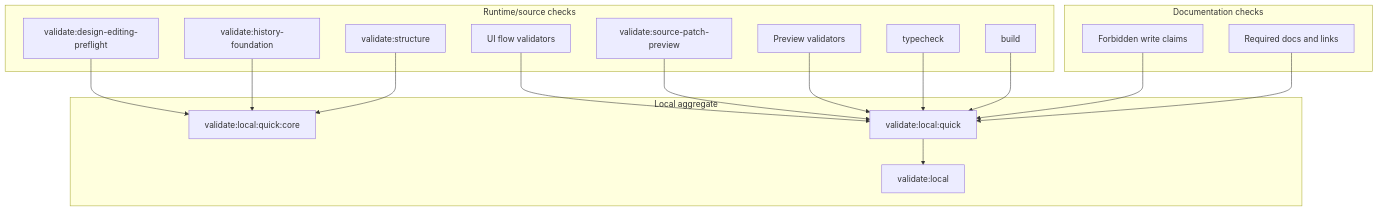
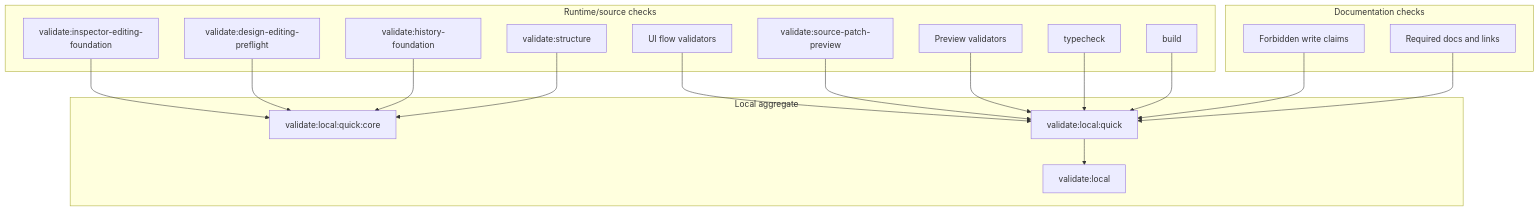
The diagram in docs/architecture/validation-system.md (krestosa/Crystal), drawn with Mermaid before and after one commit. The commit also changed other lines of this file, not shown here.

Commit message:
Document inspector editing validation gate

````diff
--- a/docs/architecture/validation-system.md
+++ b/docs/architecture/validation-system.md
@@ -77,36 +84,38 @@
 ```mermaid
 flowchart TD
   subgraph Docs[Documentation checks]
     DocsShape[Required docs and links]
     Claims[Forbidden write claims]
   end
 
   subgraph Runtime[Runtime/source checks]
     Build[build]
     Typecheck[typecheck]
     Structure[validate:structure]
     Preview[Preview validators]
     SourcePatch[validate:source-patch-preview]
     History[validate:history-foundation]
     DesignEditing[validate:design-editing-preflight]
+    InspectorEditing[validate:inspector-editing-foundation]
     UI[UI flow validators]
   end
 
   subgraph Aggregate[Local aggregate]
     QuickCore[validate:local:quick:core]
     Quick[validate:local:quick]
     Full[validate:local]
   end
 
   DocsShape --> Quick
   Claims --> Quick
   Structure --> QuickCore
   History --> QuickCore
   DesignEditing --> QuickCore
+  InspectorEditing --> QuickCore
   Build --> Quick
   Typecheck --> Quick
   Preview --> Quick
   SourcePatch --> Quick
   UI --> Quick
   Quick --> Full
 ```
````
